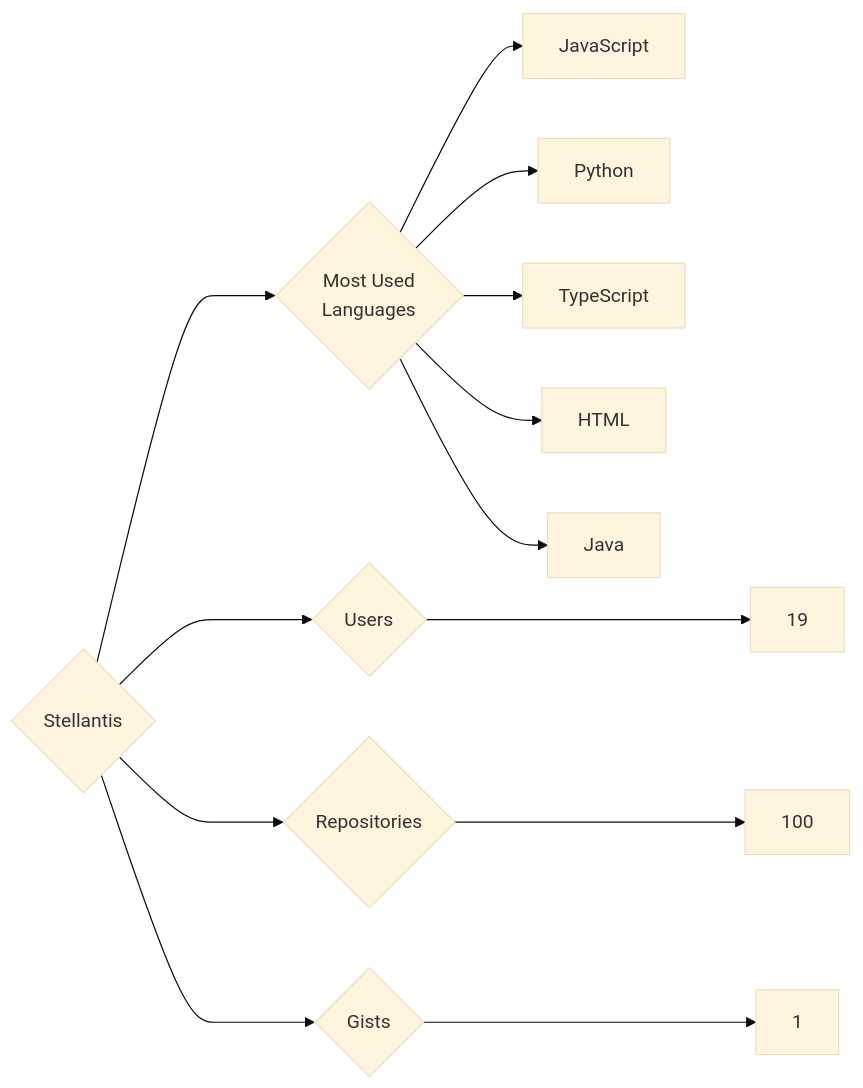
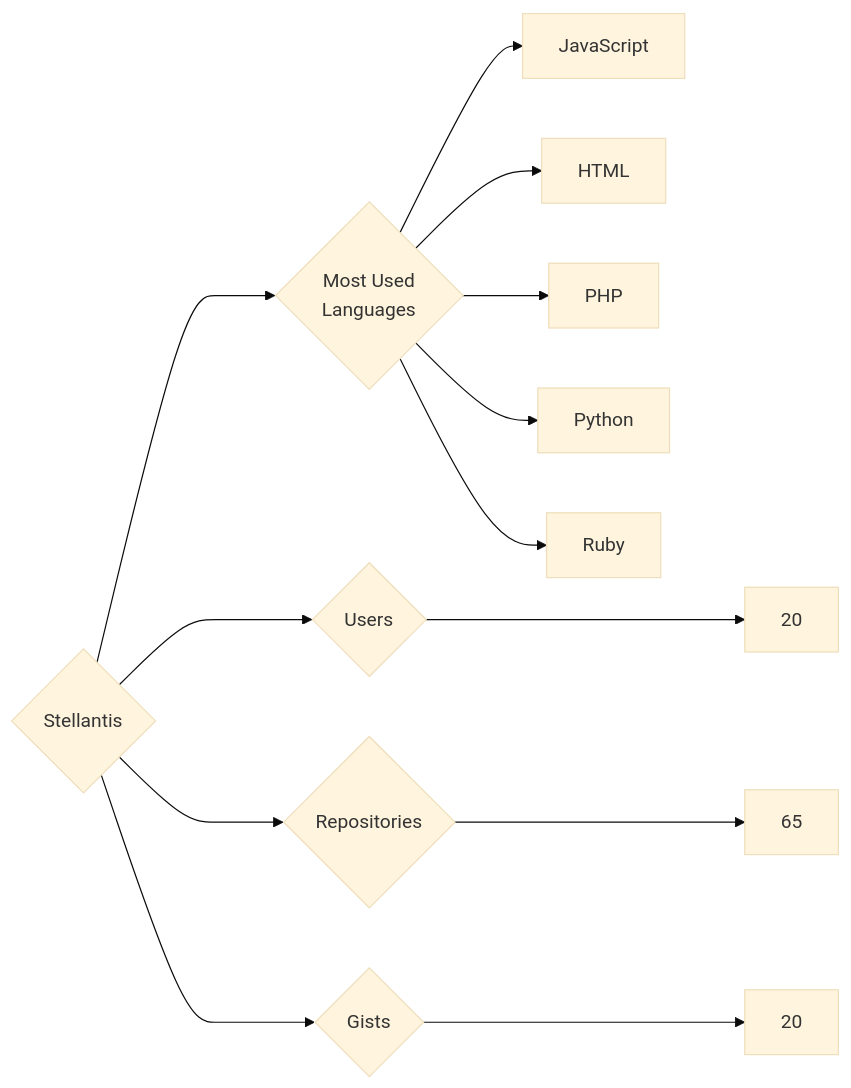
The diagram in targets/Stellantis/README.md (trickest/insiders), drawn with Mermaid (base theme) before and after one commit. The commit also changed 903 other files, not shown here.

````diff
--- a/targets/Stellantis/README.md
+++ b/targets/Stellantis/README.md
@@ -3,13 +3,13 @@
 ```mermaid
 graph LR
 COMPANY_NAME{Stellantis}
-COMPANY_NAME ---> U{Users} ---> UN[19]
-COMPANY_NAME ---> R{Repositories} ---> RN[100]
-COMPANY_NAME ---> G{Gists} ---> GN[1]
+COMPANY_NAME ---> U{Users} ---> UN[20]
+COMPANY_NAME ---> R{Repositories} ---> RN[65]
+COMPANY_NAME ---> G{Gists} ---> GN[20]
 COMPANY_NAME ---> ML{Most Used<br>Languages}
 ML --> JavaScript[JavaScript]
+ML --> HTML[HTML]
+ML --> PHP[PHP]
 ML --> Python[Python]
-ML --> TypeScript[TypeScript]
-ML --> HTML[HTML]
-ML --> Java[Java]
+ML --> Ruby[Ruby]
 ```
````
